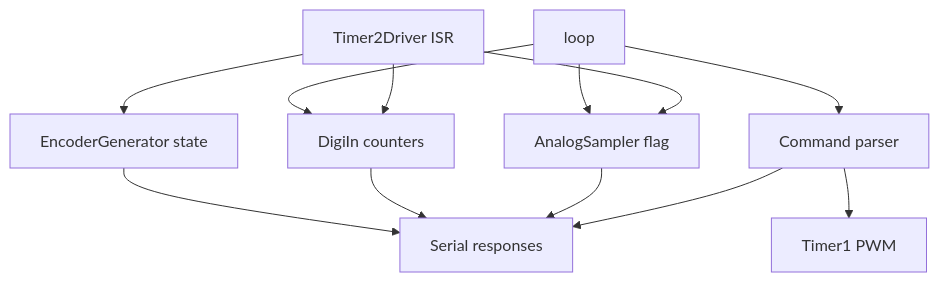
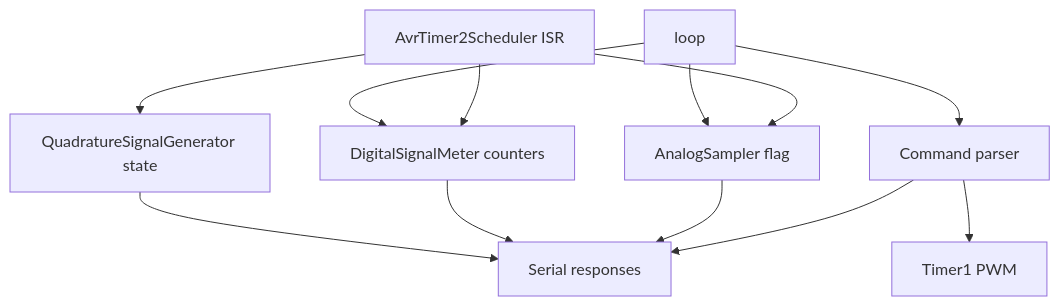
One commit to wintersod/arduino-iofusion changed the diagram in README.md. Above: the diagram before and after it, drawn with Mermaid. The commit also changed other lines of this file and 43 other files, not shown here.

````diff
--- a/README.md
+++ b/README.md
@@ -22,18 +22,18 @@
 ```mermaid
 flowchart TD
-    T2[Timer2Driver ISR] --> AS[AnalogSampler flag]
-    T2 --> DI[DigiIn counters]
-    T2 --> EN[EncoderGenerator state]
+    T2[AvrTimer2Scheduler ISR] --> AS[AnalogSampler flag]
+    T2 --> DI[DigitalSignalMeter counters]
+    T2 --> EN[QuadratureSignalGenerator state]
 
     LOOP[loop] --> AS
     LOOP --> DI
     LOOP --> CMD[Command parser]
 
     CMD --> PWM[Timer1 PWM]
     CMD --> RESP[Serial responses]
 
     AS --> RESP
     DI --> RESP
     EN --> RESP
 
 ```
````
